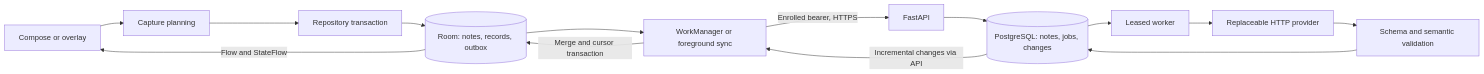
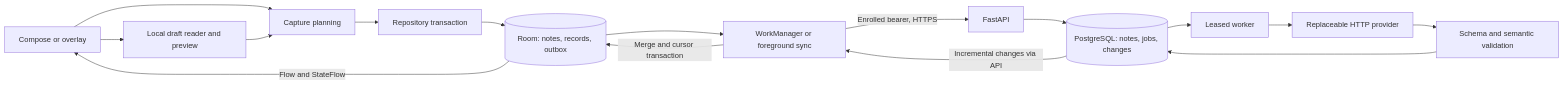
Before and after one commit to mad-futurist/planner: the diagram in docs/ARCHITECTURE.md, drawn with Mermaid. The commit also changed other lines of this file and 68 other files, not shown here.

````diff
--- a/docs/ARCHITECTURE.md
+++ b/docs/ARCHITECTURE.md
@@ -32,16 +32,18 @@
 ```mermaid
 flowchart LR
     UI[Compose or overlay] --> Domain[Capture planning]
+    UI --> Draft[Local draft reader and preview]
+    Draft --> Domain
     Domain --> Repo[Repository transaction]
     Repo --> Room[(Room: notes, records, outbox)]
     Room -->|Flow and StateFlow| UI
     Room --> Sync[WorkManager or foreground sync]
     Sync -->|Enrolled bearer, HTTPS| API[FastAPI]
     API --> PG[(PostgreSQL: notes, jobs, changes)]
     PG --> Worker[Leased worker]
     Worker --> Provider[Replaceable HTTP provider]
     Provider --> Validation[Schema and semantic validation]
     Validation --> PG
     PG -->|Incremental changes via API| Sync
     Sync -->|Merge and cursor transaction| Room
 ```
````
